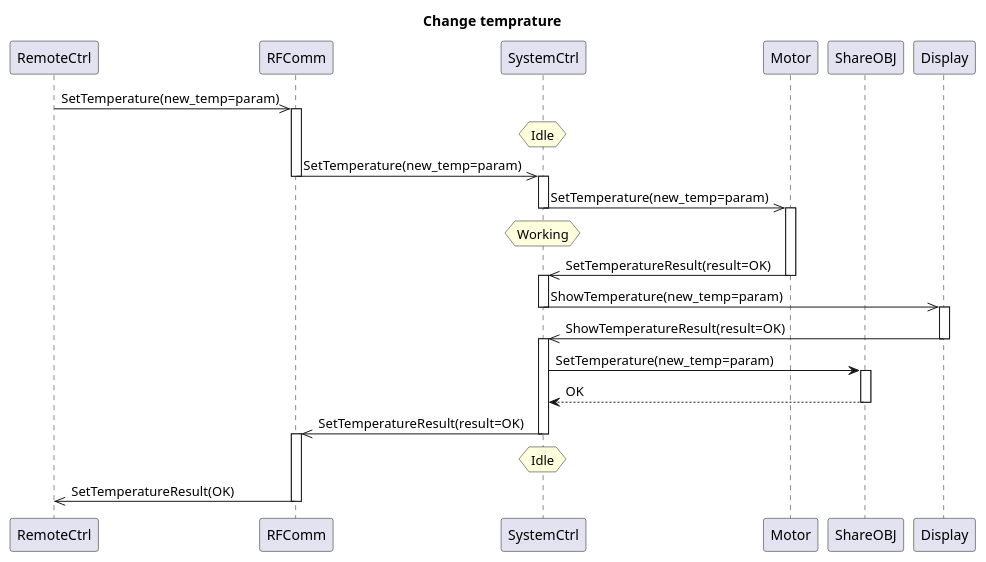
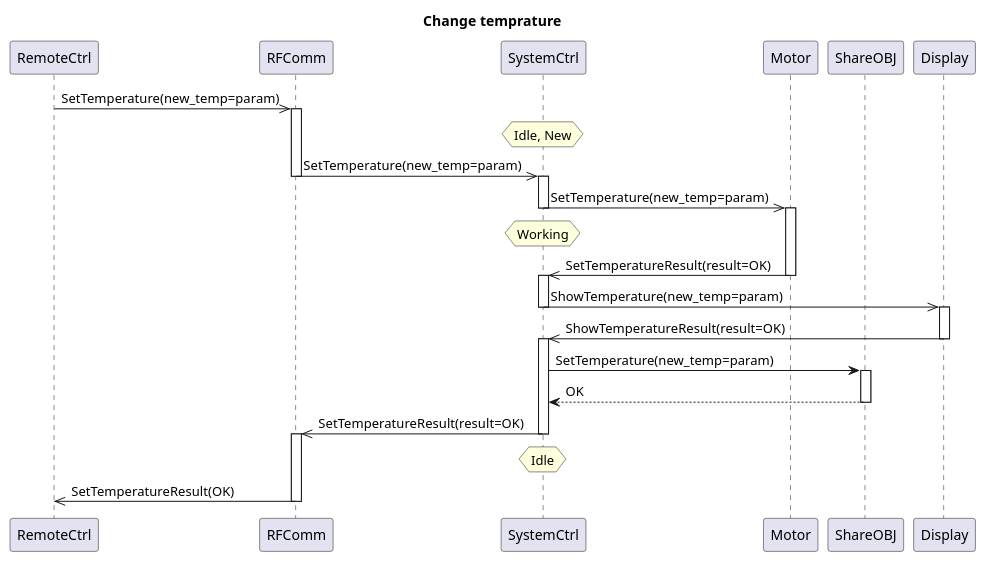
The diagram in SourceCodeGeneration/InputForSTMSourceGen/ChangeTemprature.wsd (EvenTang/lywMDDToolChain), drawn with PlantUML before and after one commit. The commit also changed 1 other file, not shown here.

```diff
--- a/SourceCodeGeneration/InputForSTMSourceGen/ChangeTemprature.wsd
+++ b/SourceCodeGeneration/InputForSTMSourceGen/ChangeTemprature.wsd
@@ -1,46 +1,46 @@
 @startuml change_temparature
 
 title Change temprature
 
 participant RemoteCtrl
 participant RFComm
 participant SystemCtrl
 participant Motor
 participant ShareOBJ
 participant Display
 
 RemoteCtrl->>RFComm:SetTemperature(new_temp=param)
 activate RFComm
-hnote over SystemCtrl: Idle 
+hnote over SystemCtrl: Idle, New 
 
 RFComm->>SystemCtrl:SetTemperature(new_temp=param)
 deactivate RFComm
 activate SystemCtrl
 SystemCtrl->>Motor:SetTemperature(new_temp=param)
 deactivate SystemCtrl
 activate Motor
 
 hnote over SystemCtrl: Working
 Motor->>SystemCtrl:SetTemperatureResult(result=OK)
 deactivate Motor
 activate SystemCtrl
 SystemCtrl->>Display:ShowTemperature(new_temp=param)
 deactivate SystemCtrl
 activate Display
 
 Display->>SystemCtrl:ShowTemperatureResult(result=OK)
 deactivate Display
 activate SystemCtrl
 SystemCtrl->ShareOBJ:SetTemperature(new_temp=param)
 activate ShareOBJ
 ShareOBJ-->SystemCtrl:OK
 deactivate ShareOBJ
 
 SystemCtrl->>RFComm:SetTemperatureResult(result=OK)
 deactivate SystemCtrl
 hnote over SystemCtrl: Idle 
 activate RFComm
 RFComm->>RemoteCtrl : SetTemperatureResult(OK)
 deactivate RFComm
 
 @enduml
```
